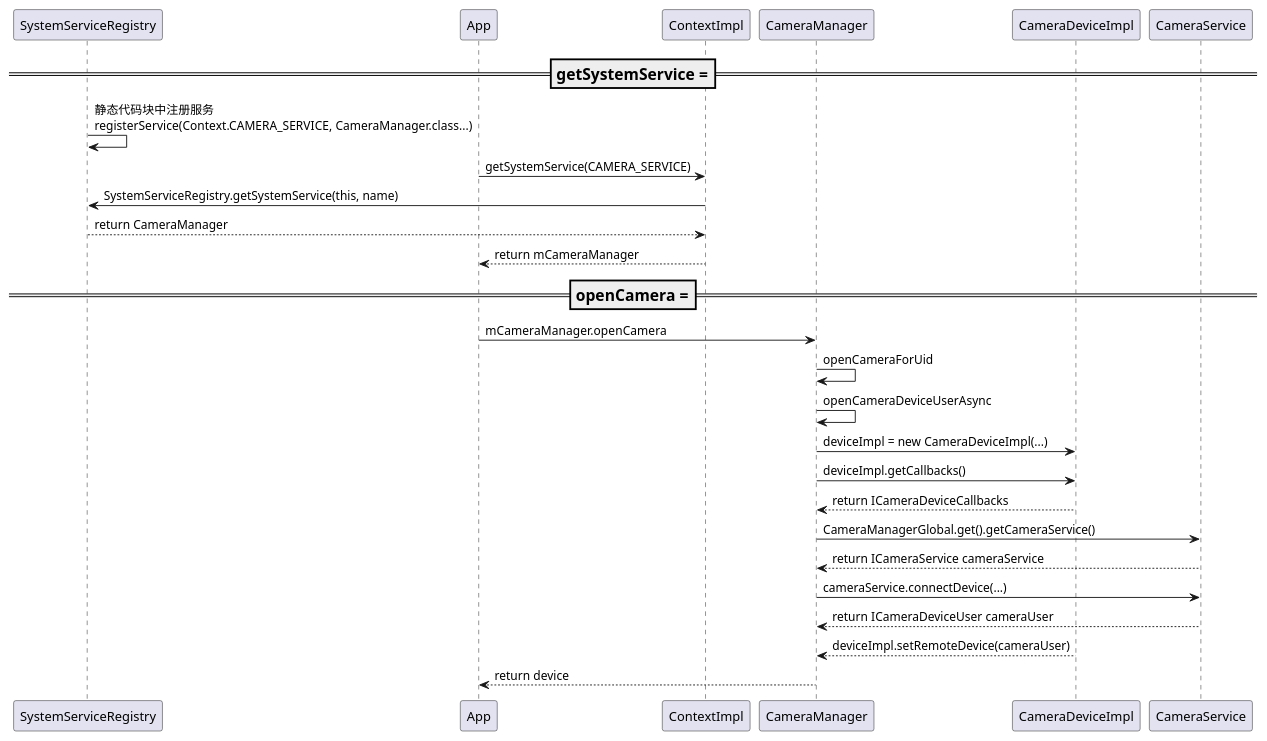
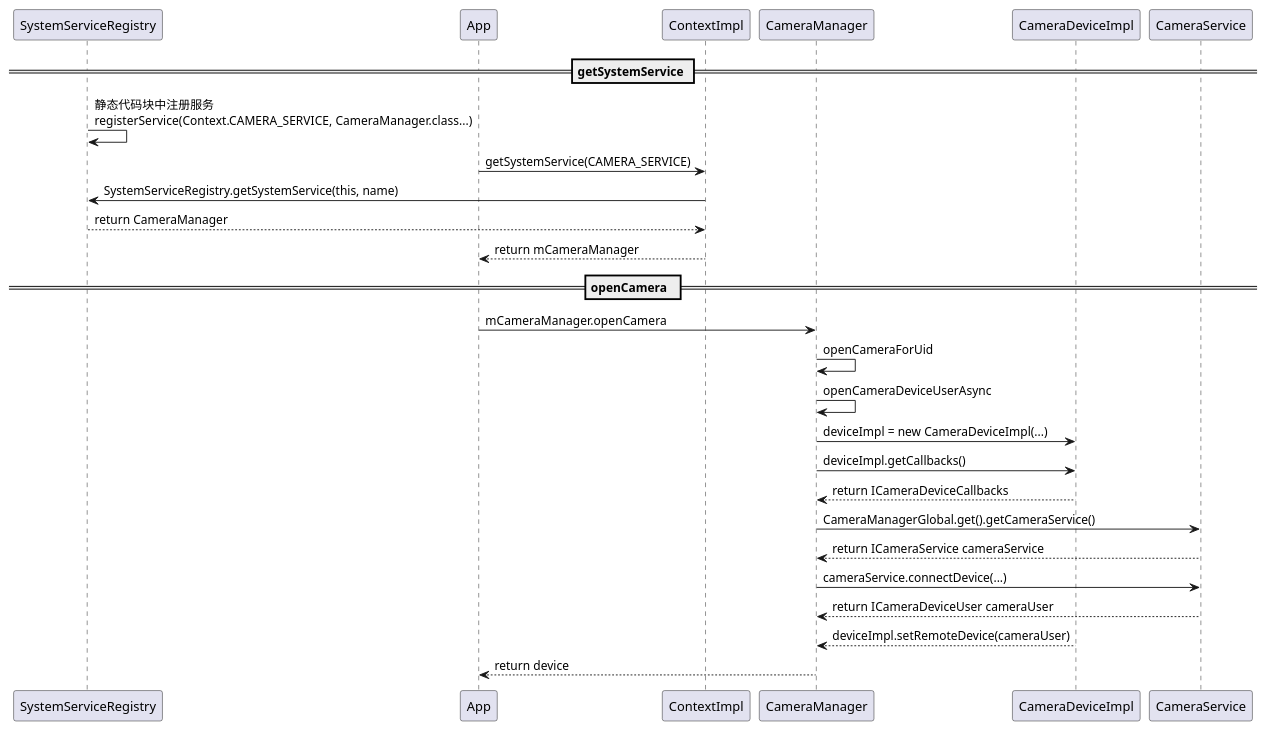
The diagram in doc/camera/camera2/Camera2Seq.puml (anlc/CCamera), drawn with PlantUML before and after one commit. The commit also changed 50 other files, not shown here.

```diff
--- a/doc/camera/camera2/Camera2Seq.puml
+++ b/doc/camera/camera2/Camera2Seq.puml
@@ -1,27 +1,27 @@
 @startuml
 
-=== getSystemService ===
+== getSystemService ==
 SystemServiceRegistry -> SystemServiceRegistry: 静态代码块中注册服务\nregisterService(Context.CAMERA_SERVICE, CameraManager.class...)
 
 App -> ContextImpl: getSystemService(CAMERA_SERVICE)
 ContextImpl -> SystemServiceRegistry: SystemServiceRegistry.getSystemService(this, name)
 ContextImpl <-- SystemServiceRegistry: return CameraManager
 App <-- ContextImpl: return mCameraManager
 
-=== openCamera ===
+== openCamera  ==
 App -> CameraManager: mCameraManager.openCamera
 CameraManager -> CameraManager: openCameraForUid
 CameraManager -> CameraManager: openCameraDeviceUserAsync
 
 CameraManager -> CameraDeviceImpl: deviceImpl = new CameraDeviceImpl(...)
 CameraManager -> CameraDeviceImpl: deviceImpl.getCallbacks()
 CameraManager <-- CameraDeviceImpl: return ICameraDeviceCallbacks
 CameraManager -> CameraService: CameraManagerGlobal.get().getCameraService()
 CameraManager <-- CameraService: return ICameraService cameraService
 CameraManager -> CameraService: cameraService.connectDevice(...)
 CameraManager <-- CameraService: return ICameraDeviceUser cameraUser
 CameraManager <-- CameraDeviceImpl: deviceImpl.setRemoteDevice(cameraUser)
 App <-- CameraManager: return device
 
 
 @enduml
```
